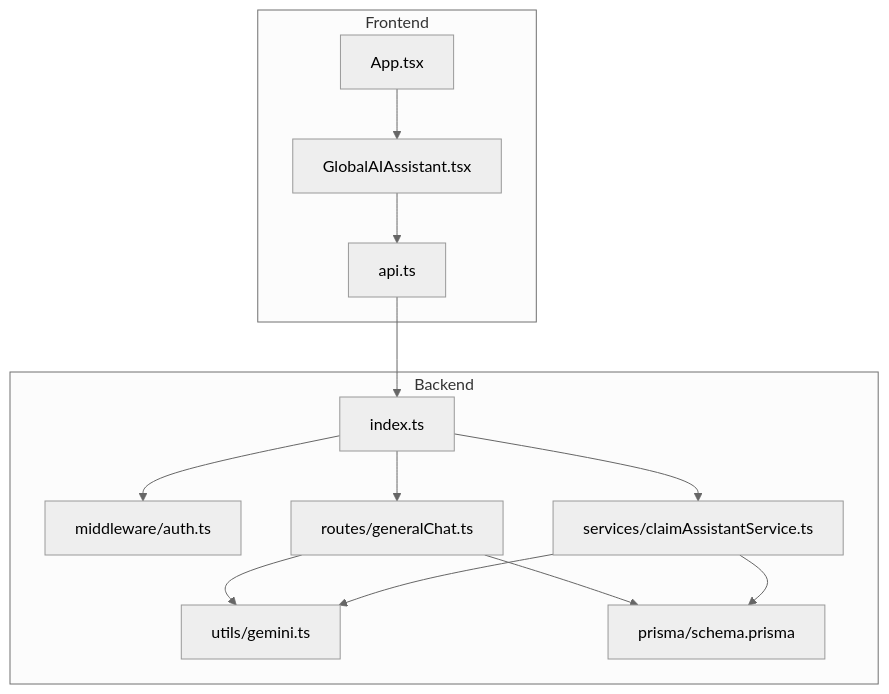
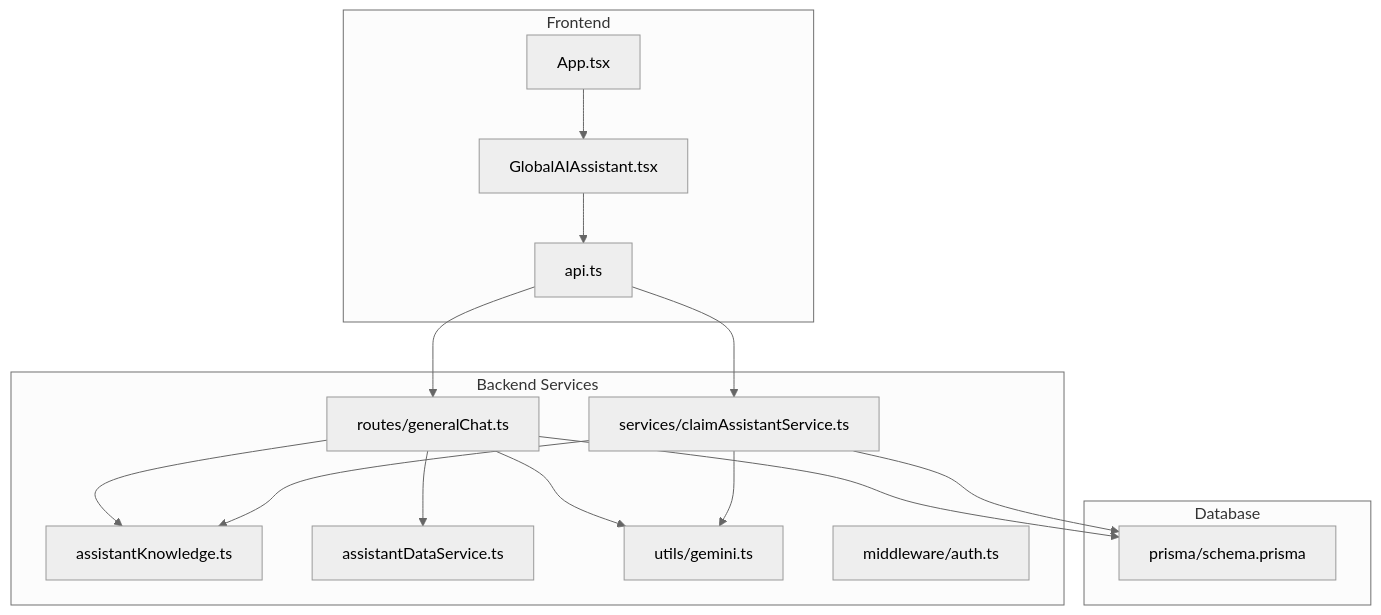
One commit to NaveenHiranya/Smart-Vehicle-Insurance-Claim-System changed the first of 7 diagrams in .qoder/repowiki/en/content/Frontend Documentation/Global AI Assistant.md. Above: the diagram before and after it, drawn with Mermaid (neutral theme). The commit also changed other lines of this file and 17 other files, not shown here.

````diff
--- a/.qoder/repowiki/en/content/Frontend Documentation/Global AI Assistant.md
+++ b/.qoder/repowiki/en/content/Frontend Documentation/Global AI Assistant.md
@@ -44,26 +61,30 @@
 ```mermaid
 graph TB
 subgraph "Frontend"
 FE_App["App.tsx"]
 FE_Widget["GlobalAIAssistant.tsx"]
 FE_API["api.ts"]
 end
-subgraph "Backend"
-BE_Index["index.ts"]
-BE_Auth["middleware/auth.ts"]
+subgraph "Backend Services"
+BE_Knowledge["assistantKnowledge.ts"]
+BE_UserData["assistantDataService.ts"]
 BE_GenChat["routes/generalChat.ts"]
 BE_ClmSvc["services/claimAssistantService.ts"]
 BE_Gemini["utils/gemini.ts"]
+BE_Auth["middleware/auth.ts"]
+end
+subgraph "Database"
 BE_DB["prisma/schema.prisma"]
 end
 FE_App --> FE_Widget
 FE_Widget --> FE_API
-FE_API --> BE_Index
-BE_Index --> BE_Auth
-BE_Index --> BE_GenChat
-BE_Index --> BE_ClmSvc
+FE_API --> BE_GenChat
+FE_API --> BE_ClmSvc
+BE_GenChat --> BE_Knowledge
+BE_GenChat --> BE_UserData
 BE_GenChat --> BE_Gemini
+BE_ClmSvc --> BE_Knowledge
 BE_ClmSvc --> BE_Gemini
 BE_GenChat --> BE_DB
 BE_ClmSvc --> BE_DB
 ```
````
